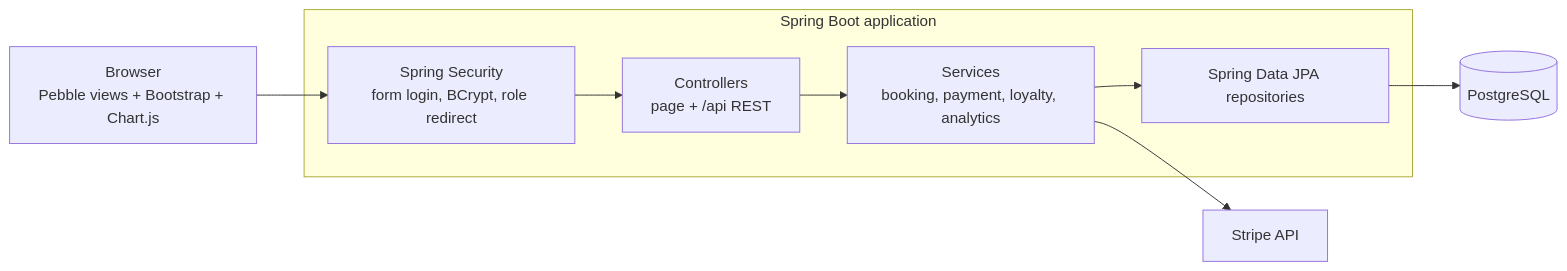
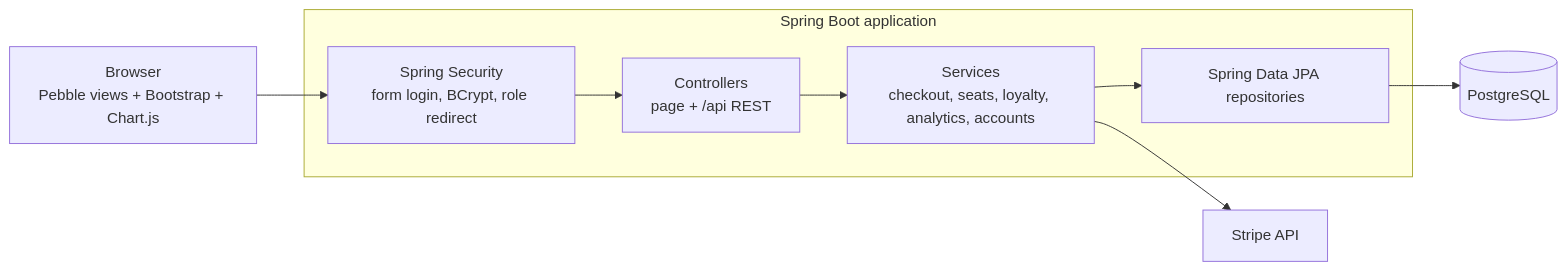
Before and after one commit to AnnusShahzad/AbsoluteCinema: the diagram in README.md, drawn with Mermaid. The commit also changed other lines of this file and 35 other files, not shown here.

````diff
--- a/README.md
+++ b/README.md
@@ -65,15 +81,15 @@
 ```mermaid
 flowchart LR
     Browser["Browser<br/>Pebble views + Bootstrap + Chart.js"]
     subgraph App["Spring Boot application"]
         Sec["Spring Security<br/>form login, BCrypt, role redirect"]
         MVC["Controllers<br/>page + /api REST"]
-        Svc["Services<br/>booking, payment, loyalty, analytics"]
+        Svc["Services<br/>checkout, seats, loyalty, analytics, accounts"]
         Repo["Spring Data JPA repositories"]
     end
     DB[("PostgreSQL")]
     Stripe["Stripe API"]
 
     Browser --> Sec --> MVC --> Svc --> Repo --> DB
     Svc --> Stripe
 ```
````
